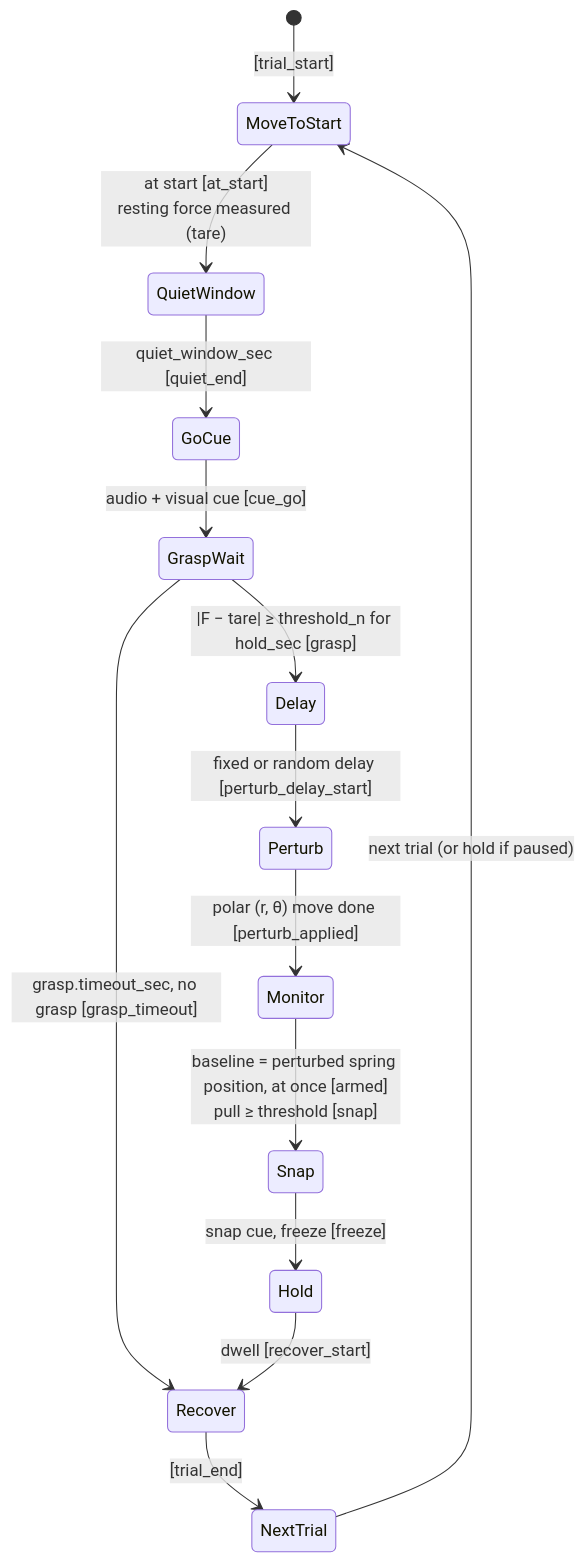
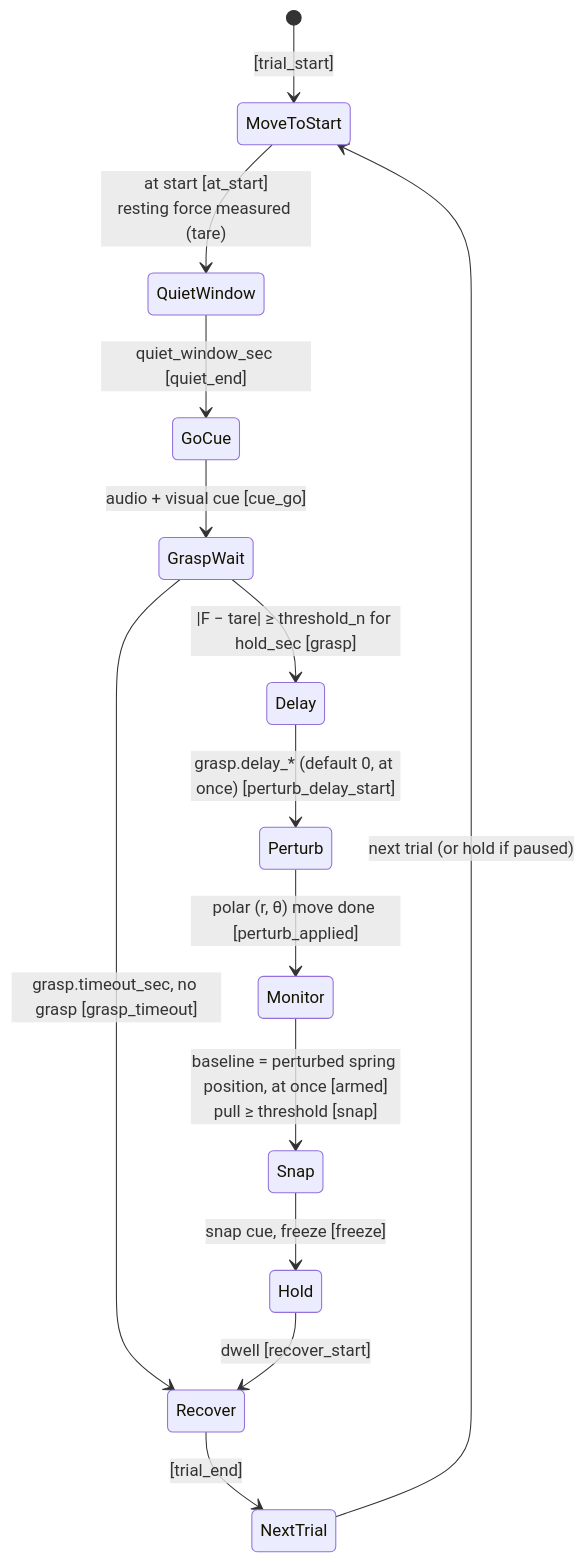
The seventh of 10 diagrams in README.md (sinthlab/sinthlab-kuka-stack), drawn with Mermaid before and after one commit. The commit also changed other lines of this file and 6 other files, not shown here.

````diff
--- a/README.md
+++ b/README.md
@@ -1633,16 +1636,16 @@
 ```mermaid
 stateDiagram-v2
     [*] --> MoveToStart : [trial_start]
     MoveToStart --> QuietWindow : at start [at_start]<br/>resting force measured (tare)
     QuietWindow --> GoCue : quiet_window_sec [quiet_end]
     GoCue --> GraspWait : audio + visual cue [cue_go]
     GraspWait --> Delay : |F − tare| ≥ threshold_n for hold_sec [grasp]
     GraspWait --> Recover : grasp.timeout_sec, no grasp [grasp_timeout]
-    Delay --> Perturb : fixed or random delay [perturb_delay_start]
+    Delay --> Perturb : grasp.delay_* (default 0, at once) [perturb_delay_start]
     Perturb --> Monitor : polar (r, θ) move done [perturb_applied]
     Monitor --> Snap : baseline = perturbed spring position, at once [armed]<br/>pull ≥ threshold [snap]
     Snap --> Hold : snap cue, freeze [freeze]
     Hold --> Recover : dwell [recover_start]
     Recover --> NextTrial : [trial_end]
     NextTrial --> MoveToStart : next trial (or hold if paused)
 ```
````
